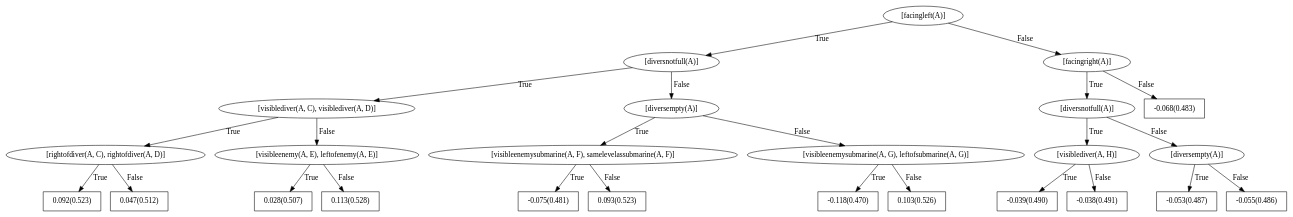
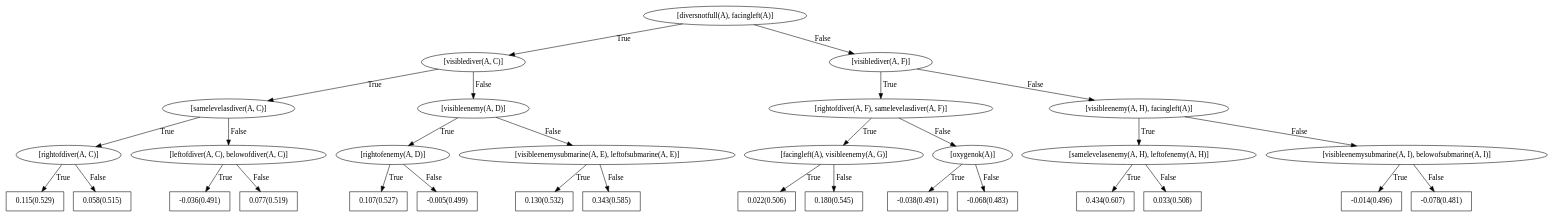
Before and after one commit to nikhileshp/NeSY-Imitation-Learning: the diagram in rdn_models/seaquest/all/negpos_2_trees_10_depth_3_grounding_penalty_0.01_new/left/seed_42/bRDNs/dotFiles/WILLTreeFor_action8.dot, drawn with Graphviz. The commit also changed 280 other files, not shown here.

```diff
--- a/rdn_models/seaquest/all/negpos_2_trees_10_depth_3_grounding_penalty_0.01_new/left/seed_42/bRDNs/dotFiles/WILLTreeFor_action8.dot
+++ b/rdn_models/seaquest/all/negpos_2_trees_10_depth_3_grounding_penalty_0.01_new/left/seed_42/bRDNs/dotFiles/WILLTreeFor_action8.dot
@@ -1,51 +1,63 @@
 digraph G{ 
-1[label = "[facingleft(A)]"];
+1[label = "[diversnotfull(A), facingleft(A)]"];
 1 -> 2[label="True"];
 1 -> 3[label="False"];
-2[label = "[diversnotfull(A)]"];
+2[label = "[visiblediver(A, C)]"];
 2 -> 4[label="True"];
 2 -> 5[label="False"];
-4[label = "[visiblediver(A, C), visiblediver(A, D)]"];
+4[label = "[samelevelasdiver(A, C)]"];
 4 -> 6[label="True"];
 4 -> 7[label="False"];
-6[label = "[rightofdiver(A, C), rightofdiver(A, D)]"];
+6[label = "[rightofdiver(A, C)]"];
 6 -> 8[label="True"];
 6 -> 9[label="False"];
-8[shape = box,label = "0.092(0.523)"];
-9[shape = box,label = "0.047(0.512)"];
-7[label = "[visibleenemy(A, E), leftofenemy(A, E)]"];
+8[shape = box,label = "0.115(0.529)"];
+9[shape = box,label = "0.058(0.515)"];
+7[label = "[leftofdiver(A, C), belowofdiver(A, C)]"];
 7 -> 10[label="True"];
 7 -> 11[label="False"];
-10[shape = box,label = "0.028(0.507)"];
-11[shape = box,label = "0.113(0.528)"];
-5[label = "[diversempty(A)]"];
+10[shape = box,label = "-0.036(0.491)"];
+11[shape = box,label = "0.077(0.519)"];
+5[label = "[visibleenemy(A, D)]"];
 5 -> 12[label="True"];
 5 -> 13[label="False"];
-12[label = "[visibleenemysubmarine(A, F), samelevelassubmarine(A, F)]"];
+12[label = "[rightofenemy(A, D)]"];
 12 -> 14[label="True"];
 12 -> 15[label="False"];
-14[shape = box,label = "-0.075(0.481)"];
-15[shape = box,label = "0.093(0.523)"];
-13[label = "[visibleenemysubmarine(A, G), leftofsubmarine(A, G)]"];
+14[shape = box,label = "0.107(0.527)"];
+15[shape = box,label = "-0.005(0.499)"];
+13[label = "[visibleenemysubmarine(A, E), leftofsubmarine(A, E)]"];
 13 -> 16[label="True"];
 13 -> 17[label="False"];
-16[shape = box,label = "-0.118(0.470)"];
-17[shape = box,label = "0.103(0.526)"];
-3[label = "[facingright(A)]"];
+16[shape = box,label = "0.130(0.532)"];
+17[shape = box,label = "0.343(0.585)"];
+3[label = "[visiblediver(A, F)]"];
 3 -> 18[label="True"];
 3 -> 19[label="False"];
-18[label = "[diversnotfull(A)]"];
+18[label = "[rightofdiver(A, F), samelevelasdiver(A, F)]"];
 18 -> 20[label="True"];
 18 -> 21[label="False"];
-20[label = "[visiblediver(A, H)]"];
+20[label = "[facingleft(A), visibleenemy(A, G)]"];
 20 -> 22[label="True"];
 20 -> 23[label="False"];
-22[shape = box,label = "-0.039(0.490)"];
-23[shape = box,label = "-0.038(0.491)"];
-21[label = "[diversempty(A)]"];
+22[shape = box,label = "0.022(0.506)"];
+23[shape = box,label = "0.180(0.545)"];
+21[label = "[oxygenok(A)]"];
 21 -> 24[label="True"];
 21 -> 25[label="False"];
-24[shape = box,label = "-0.053(0.487)"];
-25[shape = box,label = "-0.055(0.486)"];
-19[shape = box,label = "-0.068(0.483)"];
+24[shape = box,label = "-0.038(0.491)"];
+25[shape = box,label = "-0.068(0.483)"];
+19[label = "[visibleenemy(A, H), facingleft(A)]"];
+19 -> 26[label="True"];
+19 -> 27[label="False"];
+26[label = "[samelevelasenemy(A, H), leftofenemy(A, H)]"];
+26 -> 28[label="True"];
+26 -> 29[label="False"];
+28[shape = box,label = "0.434(0.607)"];
+29[shape = box,label = "0.033(0.508)"];
+27[label = "[visibleenemysubmarine(A, I), belowofsubmarine(A, I)]"];
+27 -> 30[label="True"];
+27 -> 31[label="False"];
+30[shape = box,label = "-0.014(0.496)"];
+31[shape = box,label = "-0.078(0.481)"];
 }
```
